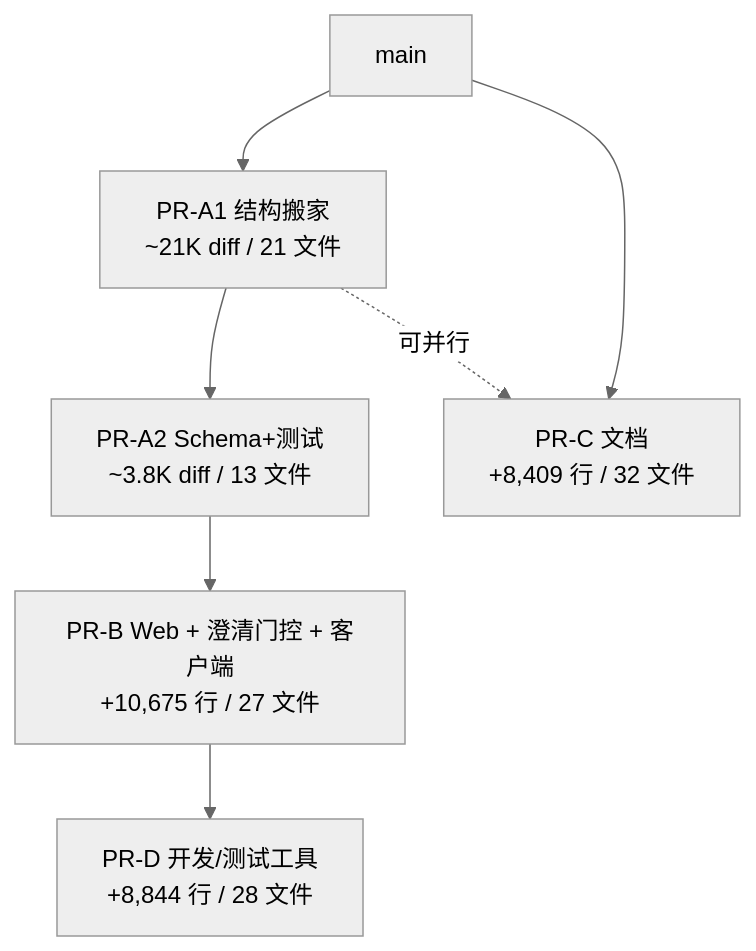
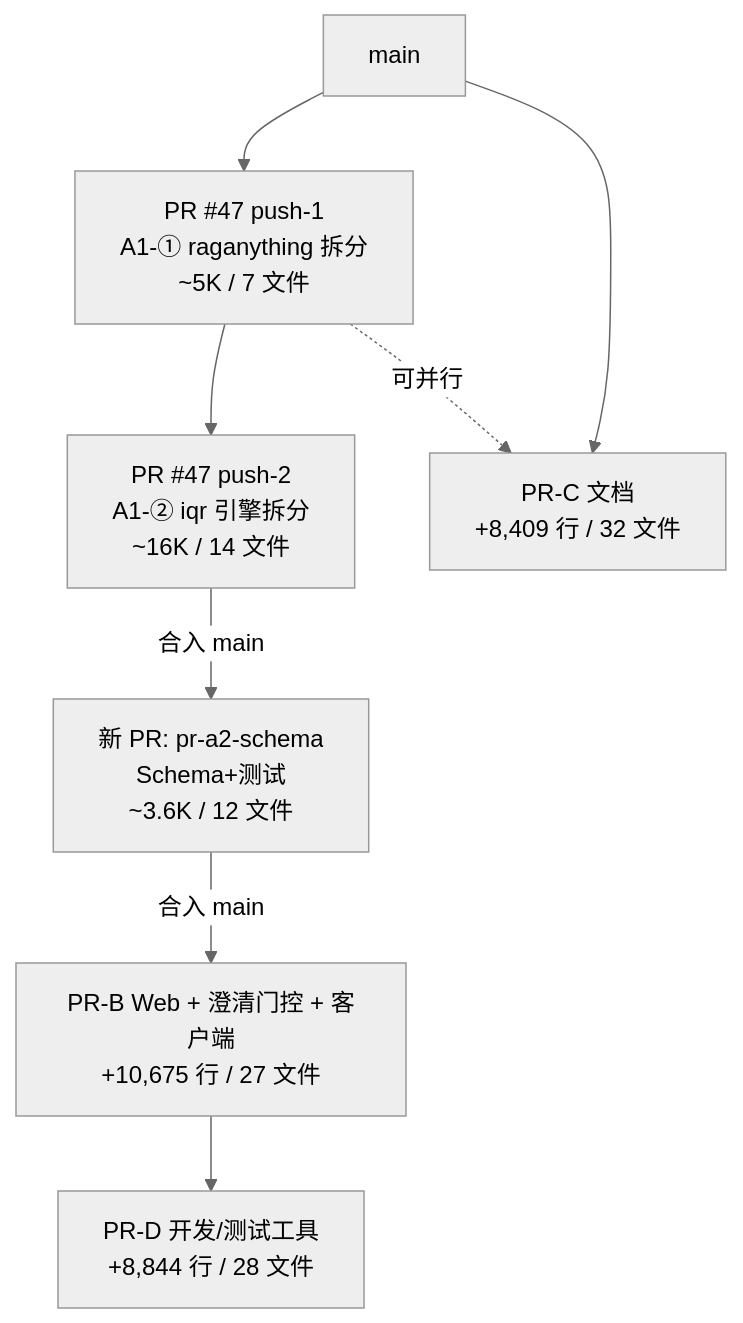
Before and after one commit to yiliangbetter/IndustrialRAG: the first of 2 diagrams in docs/PR拆分合入主线操作说明.md, drawn with Mermaid (neutral theme). The commit also changed other lines of this file, not shown here.

````diff
--- a/docs/PR拆分合入主线操作说明.md
+++ b/docs/PR拆分合入主线操作说明.md
@@ -32,16 +32,18 @@
 ```mermaid
 graph TD
     main[main]
-    A1["PR-A1 结构搬家<br/>~21K diff / 21 文件"]
-    A2["PR-A2 Schema+测试<br/>~3.8K diff / 13 文件"]
+    A1a["PR #47 push-1<br/>A1-① raganything 拆分<br/>~5K / 7 文件"]
+    A1b["PR #47 push-2<br/>A1-② iqr 引擎拆分<br/>~16K / 14 文件"]
+    A2["新 PR: pr-a2-schema<br/>Schema+测试<br/>~3.6K / 12 文件"]
     B["PR-B Web + 澄清门控 + 客户端<br/>+10,675 行 / 27 文件"]
     C["PR-C 文档<br/>+8,409 行 / 32 文件"]
     D["PR-D 开发/测试工具<br/>+8,844 行 / 28 文件"]
 
-    main --> A1
-    A1 --> A2
-    A2 --> B
+    main --> A1a
+    A1a --> A1b
+    A1b -->|"合入 main"| A2
+    A2 -->|"合入 main"| B
     main --> C
     B --> D
-    A1 -.可并行.-> C
+    A1a -.可并行.-> C
 ```
````
